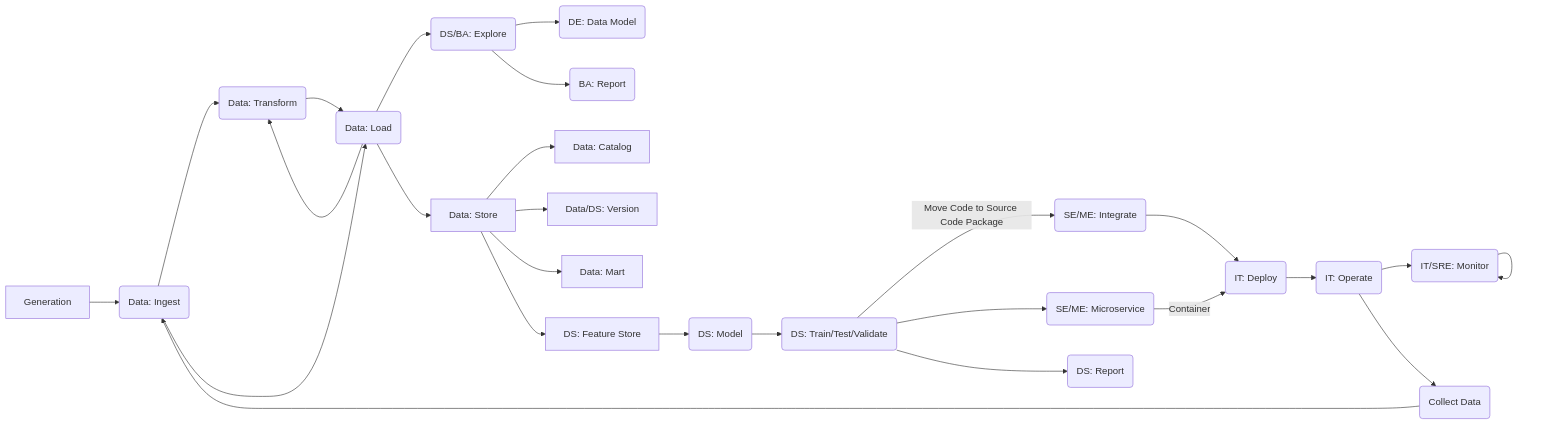
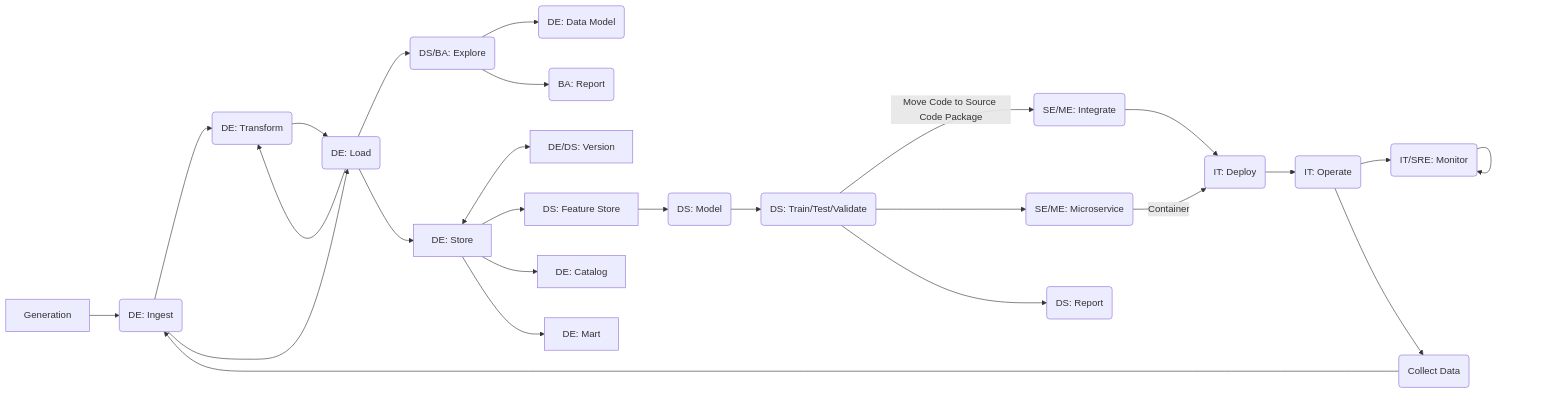
The diagram in docs/docs/index.md (mraarone/dsbaseline), drawn with Mermaid before and after one commit.

````diff
--- a/docs/docs/index.md
+++ b/docs/docs/index.md
@@ -118,16 +118,16 @@
 ```mermaid
 flowchart LR
-    A[Generation] --> B(Data: Ingest) --> C(Data: Transform) --> D(Data: Load) --> E(DS/BA: Explore) --> G(DE: Data Model)
+    A[Generation] --> B(DE: Ingest) --> C(DE: Transform) --> D(DE: Load) --> E(DS/BA: Explore) --> G(DE: Data Model)
     H -->|Move Code to Source Code Package| O(SE/ME: Integrate) --> Q(IT: Deploy) --> R(IT: Operate) --> S(IT/SRE: Monitor) --> S
     H --> P(SE/ME: Microservice) -->|Container| Q
     R --> U(Collect Data) --> B
     E --> T(BA: Report)
     B --> D
     D --> C
-    D --> J[Data: Store]
-    J --> K[Data: Catalog]
-    J --> L[Data/DS: Version]
-    J --> M[Data: Mart]
+    D --> J[DE: Store]
+    J <--> L[DE/DS: Version]
     J --> N[DS: Feature Store]
+    J --> K[DE: Catalog]
+    J --> M[DE: Mart]
     N --> V(DS: Model) --> H(DS: Train/Test/Validate) --> I(DS: Report)
 ```
````
